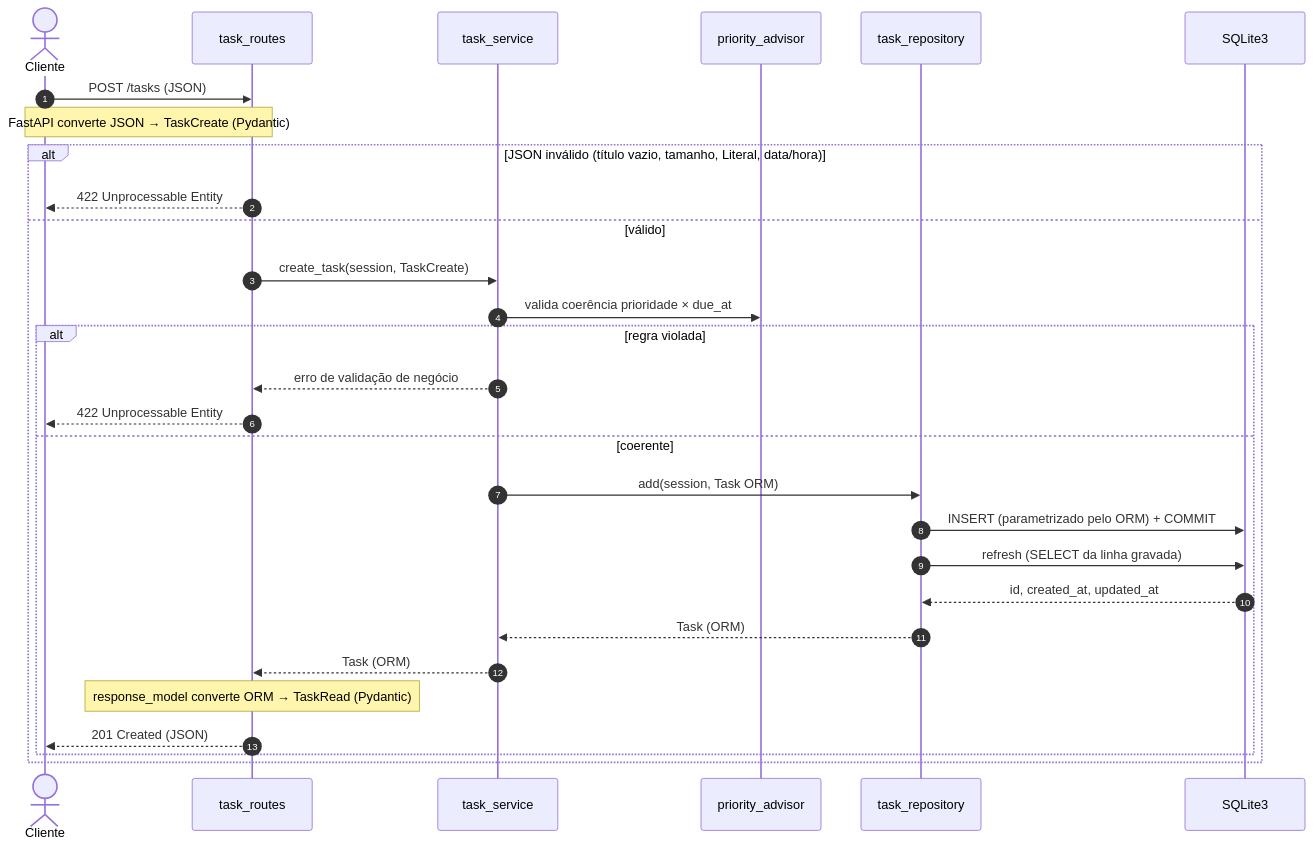
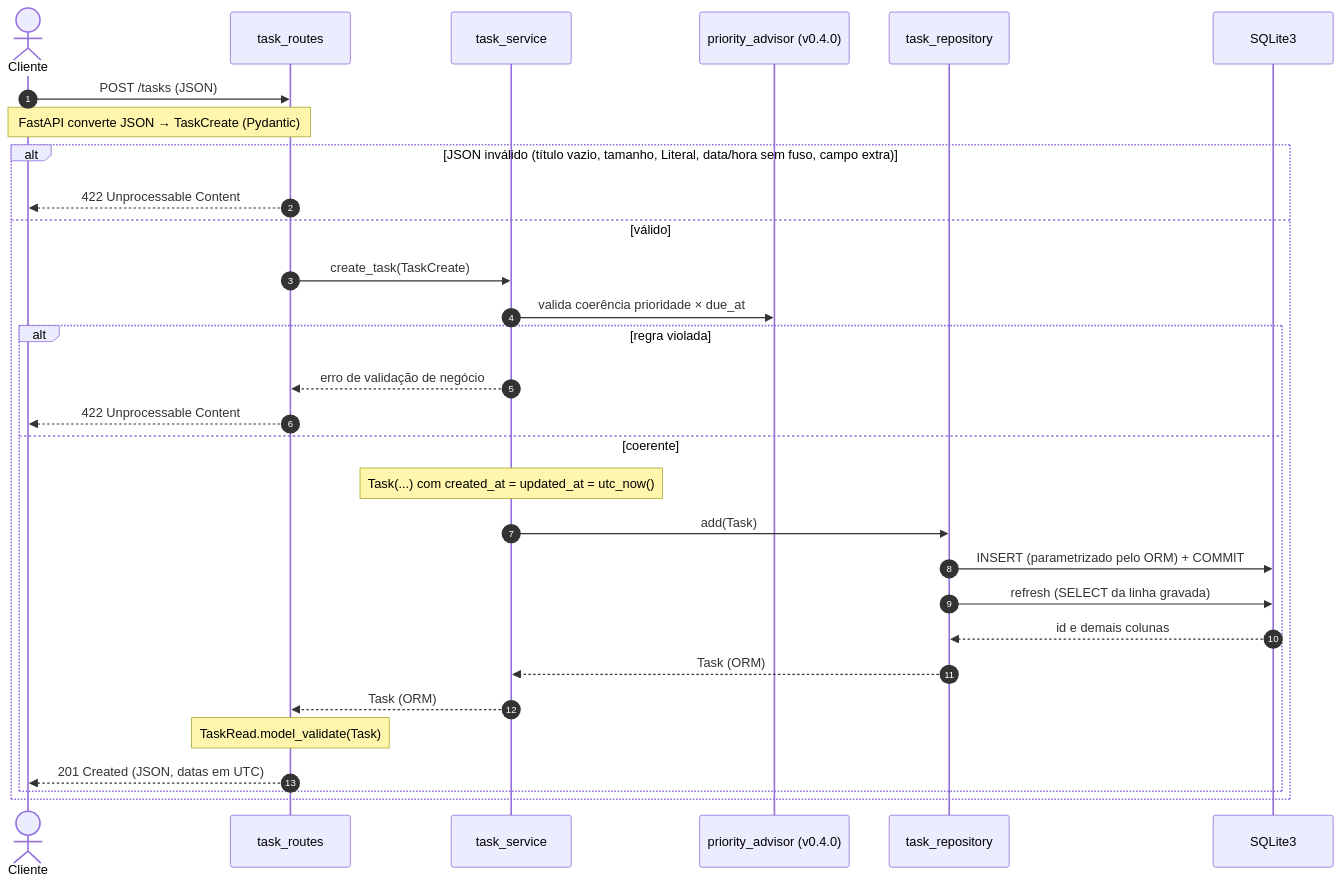
Before and after one commit to luisZsiqueira/laboratorio-projeto: the second of 6 diagrams in docs/arquitetura.md, drawn with Mermaid. The commit also changed other lines of this file and 11 other files, not shown here.

````diff
--- a/docs/arquitetura.md
+++ b/docs/arquitetura.md
@@ -96,32 +104,33 @@
 ```mermaid
 sequenceDiagram
     autonumber
     actor C as Cliente
     participant R as task_routes
     participant S as task_service
-    participant A as priority_advisor
+    participant A as priority_advisor (v0.4.0)
     participant Rep as task_repository
     participant DB as SQLite3
 
     C->>R: POST /tasks (JSON)
     Note over C,R: FastAPI converte JSON → TaskCreate (Pydantic)
-    alt JSON inválido (título vazio, tamanho, Literal, data/hora)
-        R-->>C: 422 Unprocessable Entity
+    alt JSON inválido (título vazio, tamanho, Literal, data/hora sem fuso, campo extra)
+        R-->>C: 422 Unprocessable Content
     else válido
-        R->>S: create_task(session, TaskCreate)
+        R->>S: create_task(TaskCreate)
         S->>A: valida coerência prioridade × due_at
         alt regra violada
             S-->>R: erro de validação de negócio
-            R-->>C: 422 Unprocessable Entity
+            R-->>C: 422 Unprocessable Content
         else coerente
-            S->>Rep: add(session, Task ORM)
+            Note over S: Task(...) com created_at = updated_at = utc_now()
+            S->>Rep: add(Task)
             Rep->>DB: INSERT (parametrizado pelo ORM) + COMMIT
             Rep->>DB: refresh (SELECT da linha gravada)
-            DB-->>Rep: id, created_at, updated_at
+            DB-->>Rep: id e demais colunas
             Rep-->>S: Task (ORM)
             S-->>R: Task (ORM)
-            Note over R: response_model converte ORM → TaskRead (Pydantic)
-            R-->>C: 201 Created (JSON)
+            Note over R: TaskRead.model_validate(Task)
+            R-->>C: 201 Created (JSON, datas em UTC)
         end
     end
 ```
````
